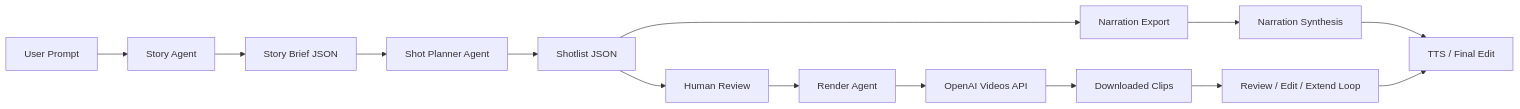
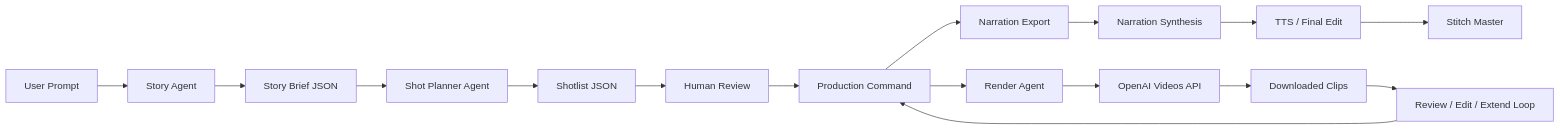
Before and after one commit to yongjip/multiversal-pictures: the diagram in docs/agent-workflow.md, drawn with Mermaid. The commit also changed other lines of this file and 3 other files, not shown here.

````diff
--- a/docs/agent-workflow.md
+++ b/docs/agent-workflow.md
@@ -5,16 +5,18 @@
 ```mermaid
 flowchart LR
     U["User Prompt"] --> S["Story Agent"]
     S --> B["Story Brief JSON"]
     B --> P["Shot Planner Agent"]
     P --> L["Shotlist JSON"]
-    L --> N["Narration Export"]
+    L --> H["Human Review"]
+    H --> X["Production Command"]
+    X --> N["Narration Export"]
+    X --> R["Render Agent"]
     N --> A["Narration Synthesis"]
     A --> T["TTS / Final Edit"]
-    L --> H["Human Review"]
-    H --> R["Render Agent"]
     R --> V["OpenAI Videos API"]
     V --> O["Downloaded Clips"]
     O --> Q["Review / Edit / Extend Loop"]
-    Q --> T
+    Q --> X
+    T --> M["Stitch Master"]
 ```
````
